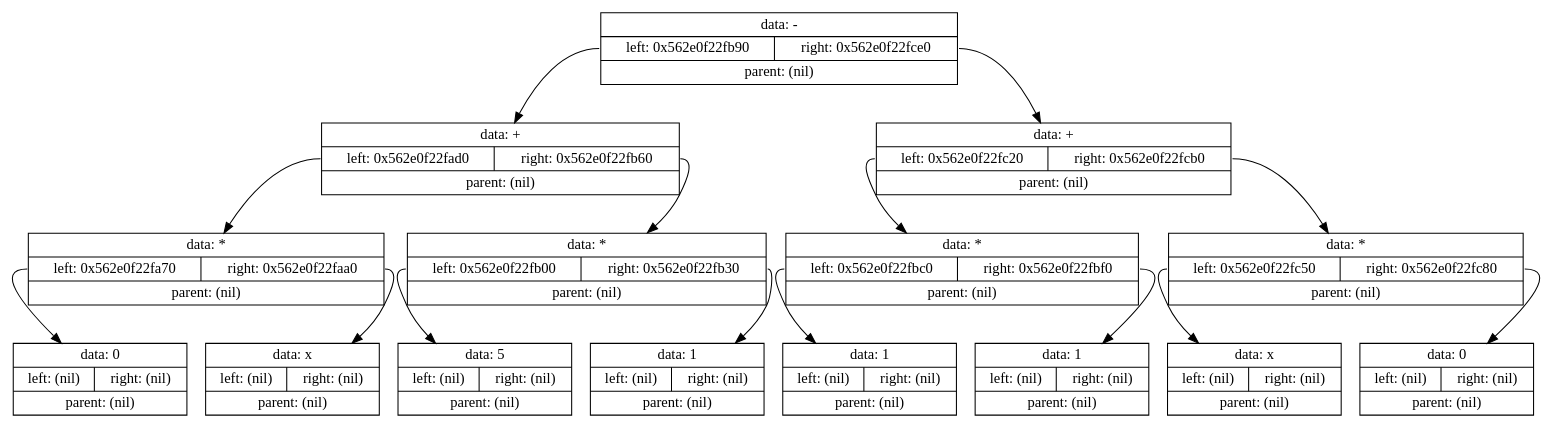
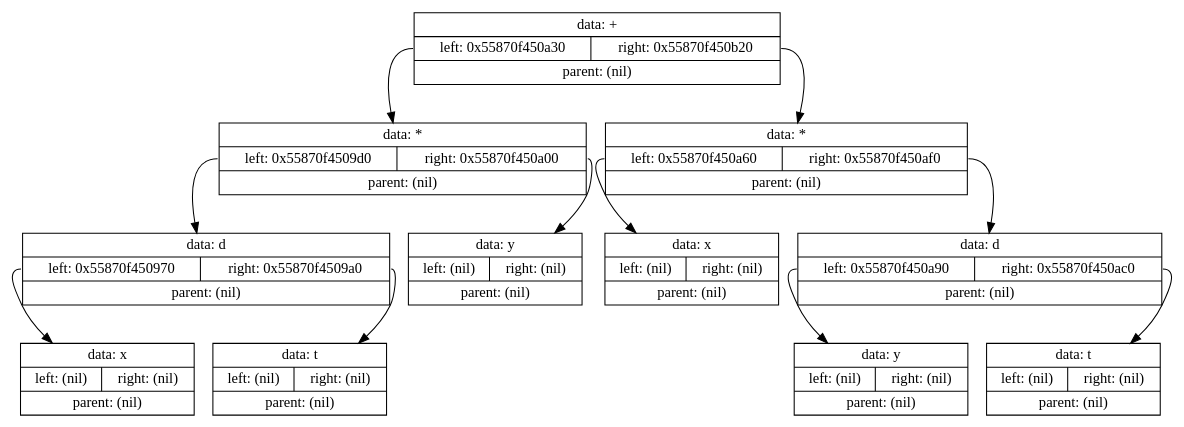
One commit to Shishqa/MIPT_1sem_C_lang changed the diagram in Projects/8.Differenciator/tmp/tempautogeneratedlog.gv. Above: the diagram before and after it, drawn with Graphviz. The commit also changed 8 other files, not shown here.

```diff
--- a/Projects/8.Differenciator/tmp/tempautogeneratedlog.gv
+++ b/Projects/8.Differenciator/tmp/tempautogeneratedlog.gv
@@ -1,33 +1,25 @@
 digraph dump
 {
-	node0x562e0f22fd10 [shape = "record", label = "{<f1>data: -|{<f2>left: 0x562e0f22fb90|<f3>right: 0x562e0f22fce0}|<f4>parent: (nil)}"];
-	node0x562e0f22fb90 [shape = "record", label = "{<f1>data: +|{<f2>left: 0x562e0f22fad0|<f3>right: 0x562e0f22fb60}|<f4>parent: (nil)}"];
-	node0x562e0f22fad0 [shape = "record", label = "{<f1>data: *|{<f2>left: 0x562e0f22fa70|<f3>right: 0x562e0f22faa0}|<f4>parent: (nil)}"];
-	node0x562e0f22fa70 [shape = "record", label = "{<f1>data: 0|{<f2>left: (nil)|<f3>right: (nil)}|<f4>parent: (nil)}"];
-	node0x562e0f22fad0:f2 -> node0x562e0f22fa70
-	node0x562e0f22faa0 [shape = "record", label = "{<f1>data: x|{<f2>left: (nil)|<f3>right: (nil)}|<f4>parent: (nil)}"];
-	node0x562e0f22fad0:f3 -> node0x562e0f22faa0
-	node0x562e0f22fb90:f2 -> node0x562e0f22fad0
-	node0x562e0f22fb60 [shape = "record", label = "{<f1>data: *|{<f2>left: 0x562e0f22fb00|<f3>right: 0x562e0f22fb30}|<f4>parent: (nil)}"];
-	node0x562e0f22fb00 [shape = "record", label = "{<f1>data: 5|{<f2>left: (nil)|<f3>right: (nil)}|<f4>parent: (nil)}"];
-	node0x562e0f22fb60:f2 -> node0x562e0f22fb00
-	node0x562e0f22fb30 [shape = "record", label = "{<f1>data: 1|{<f2>left: (nil)|<f3>right: (nil)}|<f4>parent: (nil)}"];
-	node0x562e0f22fb60:f3 -> node0x562e0f22fb30
-	node0x562e0f22fb90:f3 -> node0x562e0f22fb60
-	node0x562e0f22fd10:f2 -> node0x562e0f22fb90
-	node0x562e0f22fce0 [shape = "record", label = "{<f1>data: +|{<f2>left: 0x562e0f22fc20|<f3>right: 0x562e0f22fcb0}|<f4>parent: (nil)}"];
-	node0x562e0f22fc20 [shape = "record", label = "{<f1>data: *|{<f2>left: 0x562e0f22fbc0|<f3>right: 0x562e0f22fbf0}|<f4>parent: (nil)}"];
-	node0x562e0f22fbc0 [shape = "record", label = "{<f1>data: 1|{<f2>left: (nil)|<f3>right: (nil)}|<f4>parent: (nil)}"];
-	node0x562e0f22fc20:f2 -> node0x562e0f22fbc0
-	node0x562e0f22fbf0 [shape = "record", label = "{<f1>data: 1|{<f2>left: (nil)|<f3>right: (nil)}|<f4>parent: (nil)}"];
-	node0x562e0f22fc20:f3 -> node0x562e0f22fbf0
-	node0x562e0f22fce0:f2 -> node0x562e0f22fc20
-	node0x562e0f22fcb0 [shape = "record", label = "{<f1>data: *|{<f2>left: 0x562e0f22fc50|<f3>right: 0x562e0f22fc80}|<f4>parent: (nil)}"];
-	node0x562e0f22fc50 [shape = "record", label = "{<f1>data: x|{<f2>left: (nil)|<f3>right: (nil)}|<f4>parent: (nil)}"];
-	node0x562e0f22fcb0:f2 -> node0x562e0f22fc50
-	node0x562e0f22fc80 [shape = "record", label = "{<f1>data: 0|{<f2>left: (nil)|<f3>right: (nil)}|<f4>parent: (nil)}"];
-	node0x562e0f22fcb0:f3 -> node0x562e0f22fc80
-	node0x562e0f22fce0:f3 -> node0x562e0f22fcb0
-	node0x562e0f22fd10:f3 -> node0x562e0f22fce0
+	node0x55870f450b50 [shape = "record", label = "{<f1>data: +|{<f2>left: 0x55870f450a30|<f3>right: 0x55870f450b20}|<f4>parent: (nil)}"];
+	node0x55870f450a30 [shape = "record", label = "{<f1>data: *|{<f2>left: 0x55870f4509d0|<f3>right: 0x55870f450a00}|<f4>parent: (nil)}"];
+	node0x55870f4509d0 [shape = "record", label = "{<f1>data: d|{<f2>left: 0x55870f450970|<f3>right: 0x55870f4509a0}|<f4>parent: (nil)}"];
+	node0x55870f450970 [shape = "record", label = "{<f1>data: x|{<f2>left: (nil)|<f3>right: (nil)}|<f4>parent: (nil)}"];
+	node0x55870f4509d0:f2 -> node0x55870f450970
+	node0x55870f4509a0 [shape = "record", label = "{<f1>data: t|{<f2>left: (nil)|<f3>right: (nil)}|<f4>parent: (nil)}"];
+	node0x55870f4509d0:f3 -> node0x55870f4509a0
+	node0x55870f450a30:f2 -> node0x55870f4509d0
+	node0x55870f450a00 [shape = "record", label = "{<f1>data: y|{<f2>left: (nil)|<f3>right: (nil)}|<f4>parent: (nil)}"];
+	node0x55870f450a30:f3 -> node0x55870f450a00
+	node0x55870f450b50:f2 -> node0x55870f450a30
+	node0x55870f450b20 [shape = "record", label = "{<f1>data: *|{<f2>left: 0x55870f450a60|<f3>right: 0x55870f450af0}|<f4>parent: (nil)}"];
+	node0x55870f450a60 [shape = "record", label = "{<f1>data: x|{<f2>left: (nil)|<f3>right: (nil)}|<f4>parent: (nil)}"];
+	node0x55870f450b20:f2 -> node0x55870f450a60
+	node0x55870f450af0 [shape = "record", label = "{<f1>data: d|{<f2>left: 0x55870f450a90|<f3>right: 0x55870f450ac0}|<f4>parent: (nil)}"];
+	node0x55870f450a90 [shape = "record", label = "{<f1>data: y|{<f2>left: (nil)|<f3>right: (nil)}|<f4>parent: (nil)}"];
+	node0x55870f450af0:f2 -> node0x55870f450a90
+	node0x55870f450ac0 [shape = "record", label = "{<f1>data: t|{<f2>left: (nil)|<f3>right: (nil)}|<f4>parent: (nil)}"];
+	node0x55870f450af0:f3 -> node0x55870f450ac0
+	node0x55870f450b20:f3 -> node0x55870f450af0
+	node0x55870f450b50:f3 -> node0x55870f450b20
 
 }
```
